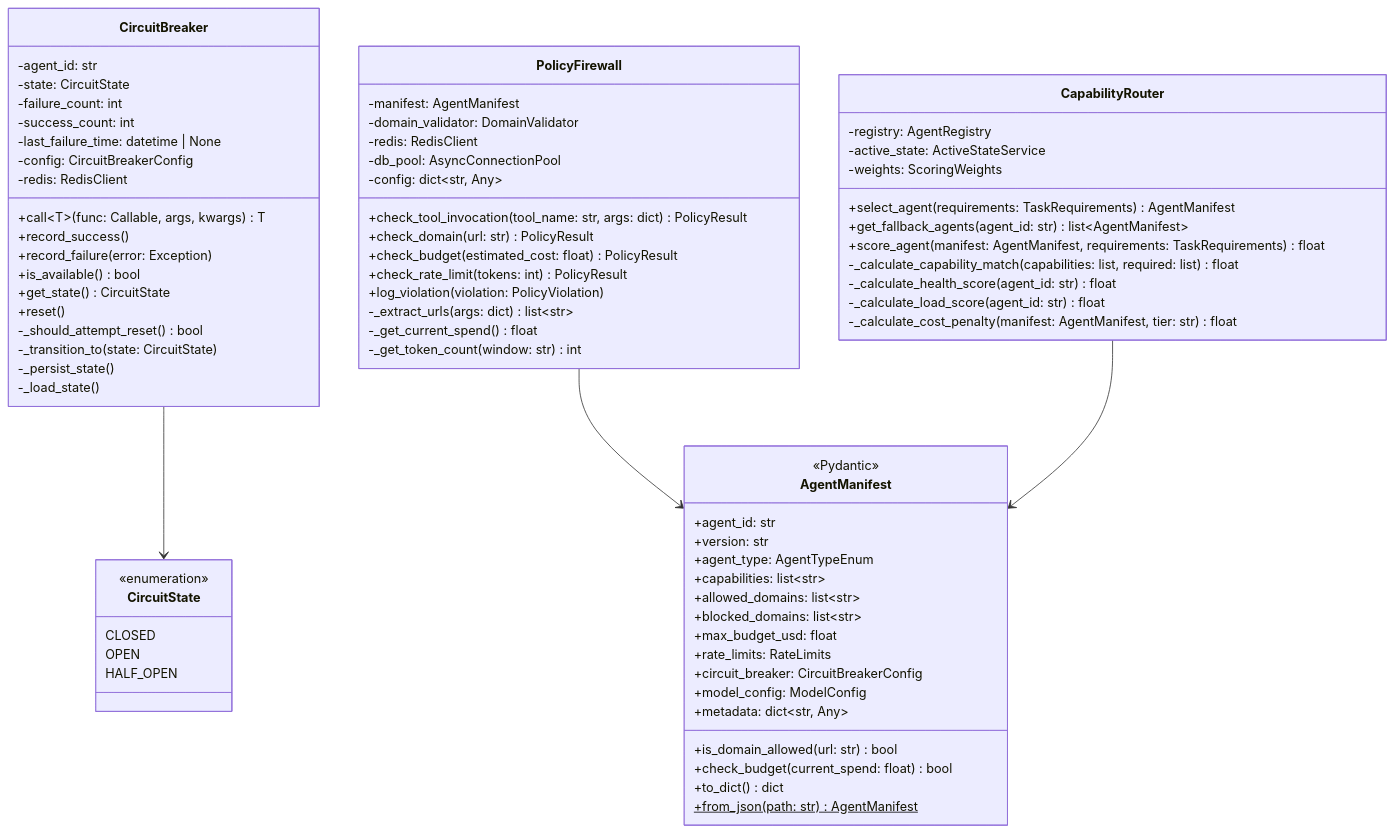
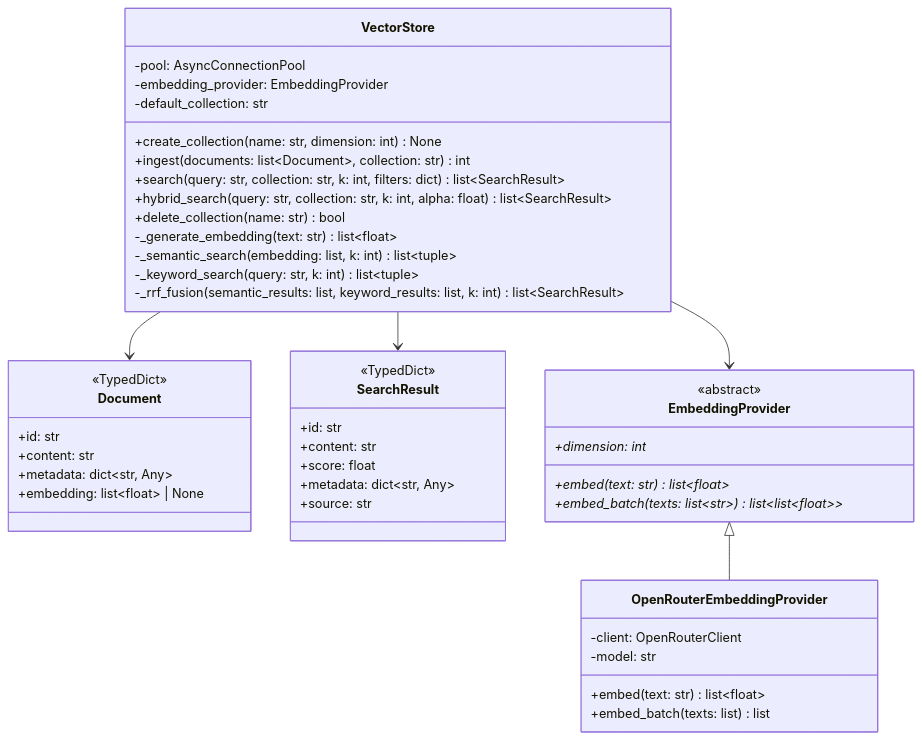
One commit to satyamaix/DeepResearchX changed diagram 11 of 26 in docs/LLD.md. Above: the diagram before and after it, drawn with Mermaid. The commit also changed other lines of this file and 2 other files, not shown here.

````diff
--- a/docs/LLD.md
+++ b/docs/LLD.md
@@ -160,81 +651,53 @@
 ```mermaid
 classDiagram
-    class AgentManifest {
-        <<Pydantic>>
-        +agent_id: str
-        +version: str
-        +agent_type: AgentTypeEnum
-        +capabilities: list~str~
-        +allowed_domains: list~str~
-        +blocked_domains: list~str~
-        +max_budget_usd: float
-        +rate_limits: RateLimits
-        +circuit_breaker: CircuitBreakerConfig
-        +model_config: ModelConfig
-        +metadata: dict~str, Any~
-        +is_domain_allowed(url: str) bool
-        +check_budget(current_spend: float) bool
-        +to_dict() dict
-        +from_json(path: str)$ AgentManifest
+    class VectorStore {
+        -pool: AsyncConnectionPool
+        -embedding_provider: EmbeddingProvider
+        -default_collection: str
+        +create_collection(name: str, dimension: int) None
+        +ingest(documents: list~Document~, collection: str) int
+        +search(query: str, collection: str, k: int, filters: dict) list~SearchResult~
+        +hybrid_search(query: str, collection: str, k: int, alpha: float) list~SearchResult~
+        +delete_collection(name: str) bool
+        -_generate_embedding(text: str) list~float~
+        -_semantic_search(embedding: list, k: int) list~tuple~
+        -_keyword_search(query: str, k: int) list~tuple~
+        -_rrf_fusion(semantic_results: list, keyword_results: list, k: int) list~SearchResult~
     }
 
-    class CircuitBreaker {
-        -agent_id: str
-        -state: CircuitState
-        -failure_count: int
-        -success_count: int
-        -last_failure_time: datetime | None
-        -config: CircuitBreakerConfig
-        -redis: RedisClient
-        +call~T~(func: Callable, args, kwargs) T
-        +record_success()
-        +record_failure(error: Exception)
-        +is_available() bool
-        +get_state() CircuitState
-        +reset()
-        -_should_attempt_reset() bool
-        -_transition_to(state: CircuitState)
-        -_persist_state()
-        -_load_state()
+    class Document {
+        <<TypedDict>>
+        +id: str
+        +content: str
+        +metadata: dict~str, Any~
+        +embedding: list~float~ | None
     }
 
-    class PolicyFirewall {
-        -manifest: AgentManifest
-        -domain_validator: DomainValidator
-        -redis: RedisClient
-        -db_pool: AsyncConnectionPool
-        -config: dict~str, Any~
-        +check_tool_invocation(tool_name: str, args: dict) PolicyResult
-        +check_domain(url: str) PolicyResult
-        +check_budget(estimated_cost: float) PolicyResult
-        +check_rate_limit(tokens: int) PolicyResult
-        +log_violation(violation: PolicyViolation)
-        -_extract_urls(args: dict) list~str~
-        -_get_current_spend() float
-        -_get_token_count(window: str) int
+    class SearchResult {
+        <<TypedDict>>
+        +id: str
+        +content: str
+        +score: float
+        +metadata: dict~str, Any~
+        +source: str
     }
 
-    class CapabilityRouter {
-        -registry: AgentRegistry
-        -active_state: ActiveStateService
-        -weights: ScoringWeights
-        +select_agent(requirements: TaskRequirements) AgentManifest
-        +get_fallback_agents(agent_id: str) list~AgentManifest~
-        +score_agent(manifest: AgentManifest, requirements: TaskRequirements) float
-        -_calculate_capability_match(capabilities: list, required: list) float
-        -_calculate_health_score(agent_id: str) float
-        -_calculate_load_score(agent_id: str) float
-        -_calculate_cost_penalty(manifest: AgentManifest, tier: str) float
+    class EmbeddingProvider {
+        <<abstract>>
+        +embed(text: str)* list~float~
+        +embed_batch(texts: list~str~)* list~list~float~~
+        +dimension: int*
     }
 
-    class CircuitState {
-        <<enumeration>>
-        CLOSED
-        OPEN
-        HALF_OPEN
+    class OpenRouterEmbeddingProvider {
+        -client: OpenRouterClient
+        -model: str
+        +embed(text: str) list~float~
+        +embed_batch(texts: list) list
     }
 
-    CircuitBreaker --> CircuitState
-    PolicyFirewall --> AgentManifest
-    CapabilityRouter --> AgentManifest
+    VectorStore --> Document
+    VectorStore --> SearchResult
+    VectorStore --> EmbeddingProvider
+    EmbeddingProvider <|-- OpenRouterEmbeddingProvider
 ```
````
